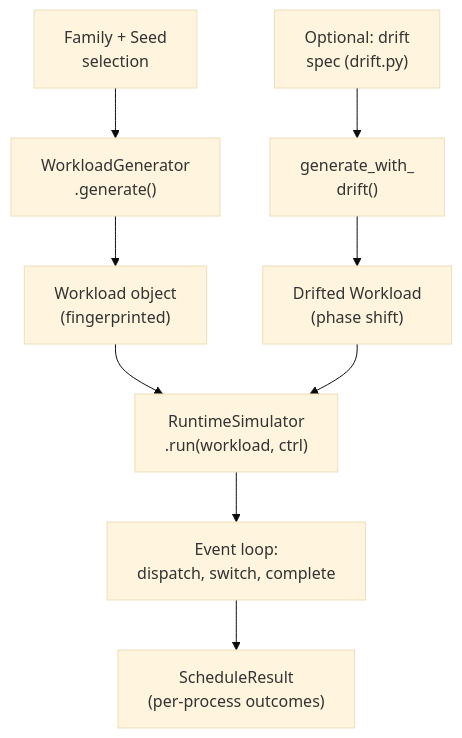
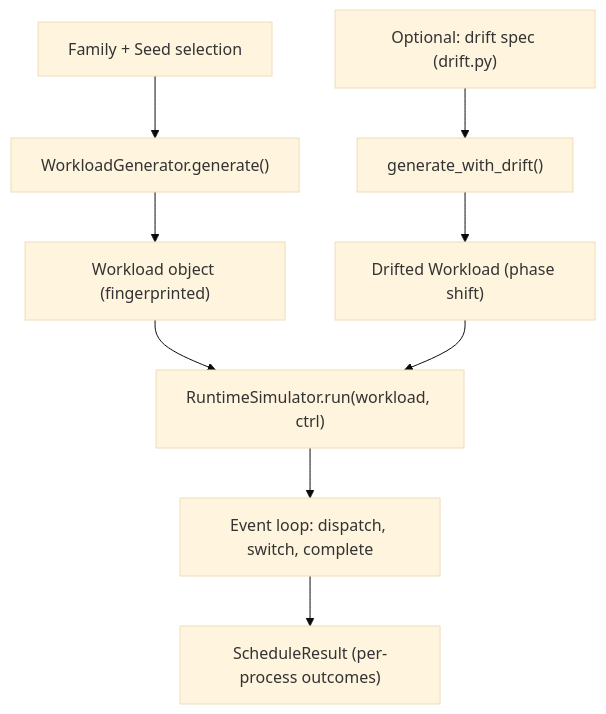
Before and after one commit to lostpilot404/OS-Project: the third of 7 diagrams in submission/review-3/diagrams/figures_mermaid.md, drawn with Mermaid (base theme). The commit also changed other lines of this file and 6 other files, not shown here.

First line of the commit message:
Fix table widths and Mermaid diagram placement

````diff
--- a/submission/review-3/diagrams/figures_mermaid.md
+++ b/submission/review-3/diagrams/figures_mermaid.md
@@ -91,11 +59,11 @@
 ```mermaid
 flowchart TB
-    FS["Family + Seed<br/>selection"] --> WG["WorkloadGenerator<br/>.generate()"]
-    WG --> WO["Workload object<br/>(fingerprinted)"]
-    DS["Optional: drift<br/>spec (drift.py)"] --> GD["generate_with_<br/>drift()"]
-    GD --> DW["Drifted Workload<br/>(phase shift)"]
-    WO --> RS["RuntimeSimulator<br/>.run(workload, ctrl)"]
+    FS["Family + Seed selection"] --> WG["WorkloadGenerator.generate()"]
+    WG --> WO["Workload object (fingerprinted)"]
+    DS["Optional: drift spec (drift.py)"] --> GD["generate_with_drift()"]
+    GD --> DW["Drifted Workload (phase shift)"]
+    WO --> RS["RuntimeSimulator.run(workload, ctrl)"]
     DW --> RS
-    RS --> EL["Event loop:<br/>dispatch, switch, complete"]
-    EL --> SR["ScheduleResult<br/>(per-process outcomes)"]
+    RS --> EL["Event loop: dispatch, switch, complete"]
+    EL --> SR["ScheduleResult (per-process outcomes)"]
 ```
````
